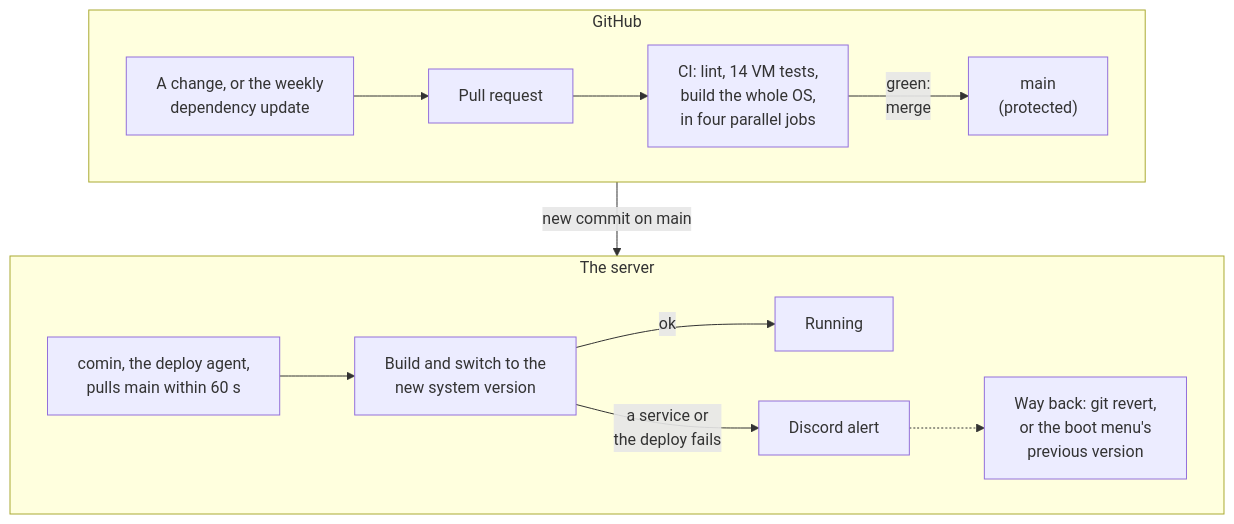
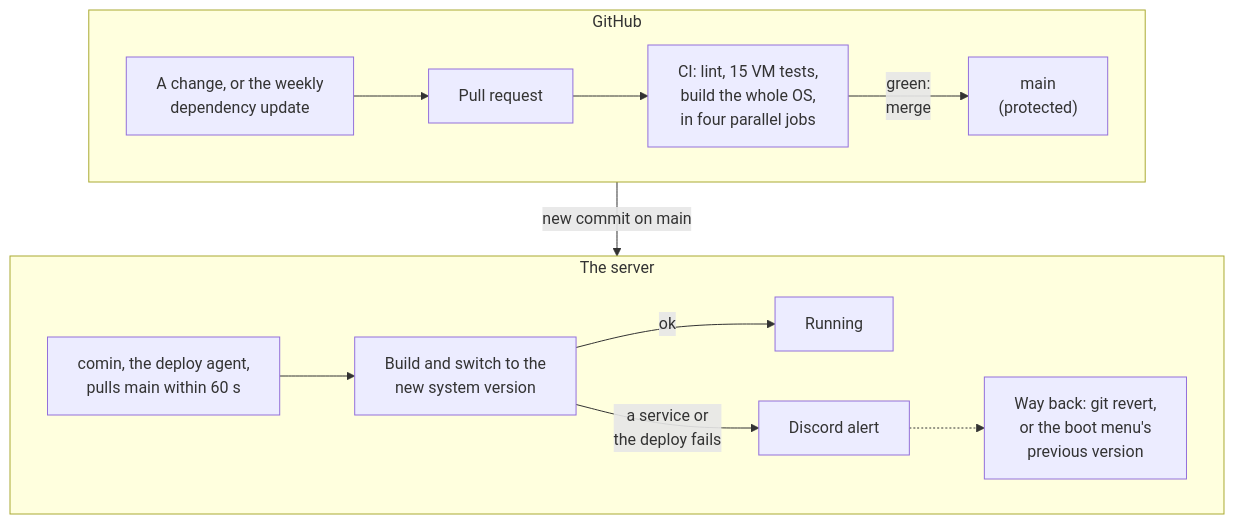
The first of 2 diagrams in README.md (alexCranfield/nixos-homeserver), drawn with Mermaid before and after one commit. The commit also changed other lines of this file and 50 other files, not shown here.

````diff
--- a/README.md
+++ b/README.md
@@ -17,22 +17,22 @@
 ```mermaid
 flowchart TD
     subgraph github["GitHub"]
         direction LR
         bot["A change, or the weekly<br/>dependency update"]
         pr["Pull request"]
-        ci["CI: lint, 14 VM tests,<br/>build the whole OS,<br/>in four parallel jobs"]
+        ci["CI: lint, 15 VM tests,<br/>build the whole OS,<br/>in four parallel jobs"]
         main["main<br/>(protected)"]
         bot --> pr --> ci -->|"green:<br/>merge"| main
     end
     subgraph nuc["The server"]
         direction LR
         comin["comin, the deploy agent,<br/>pulls main within 60 s"]
         switch["Build and switch to the<br/>new system version"]
         running["Running"]
         alert["Discord alert"]
         back["Way back: git revert,<br/>or the boot menu's<br/>previous version"]
         comin --> switch -->|ok| running
         switch -->|"a service or<br/>the deploy fails"| alert -.-> back
     end
     github -->|"new commit on main"| nuc
 ```
````
